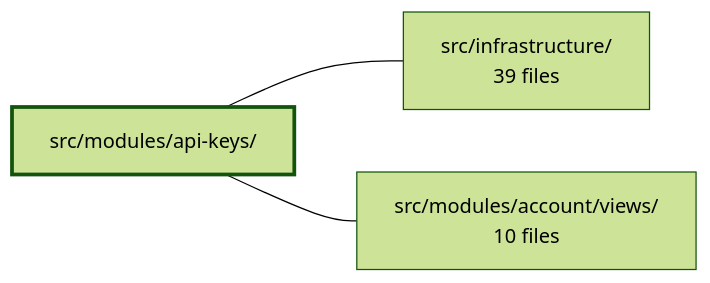
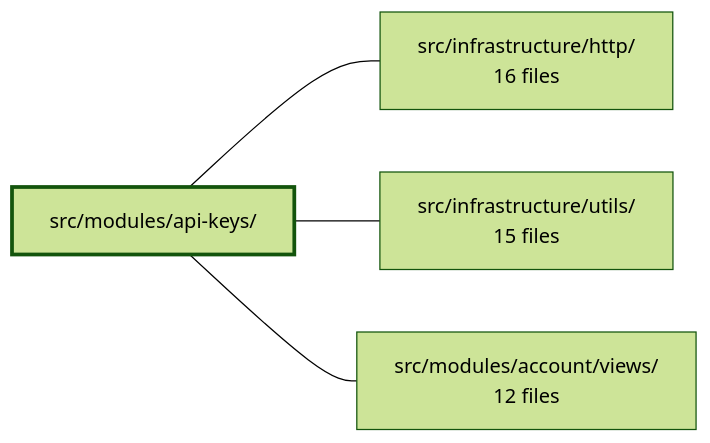
The diagram in .2brain/modules/boilerplate-vue-frontend_src_modules_api-keys.md (Guebbit/boilerplate-vue-frontend), drawn with Mermaid (forest theme) before and after one commit. The commit also changed other lines of this file and 960 other files, not shown here.

````diff
--- a/.2brain/modules/boilerplate-vue-frontend_src_modules_api-keys.md
+++ b/.2brain/modules/boilerplate-vue-frontend_src_modules_api-keys.md
@@ -38,9 +39,11 @@
 ```mermaid
 flowchart LR
     m_src_modules_api_keys["src/modules/api-keys/"]
-    m_src_infrastructure["src/infrastructure/<br/>39 files"]
-    m_src_modules_account_views["src/modules/account/views/<br/>10 files"]
-    m_src_modules_api_keys --- m_src_infrastructure
+    m_src_infrastructure_http["src/infrastructure/http/<br/>16 files"]
+    m_src_infrastructure_utils["src/infrastructure/utils/<br/>15 files"]
+    m_src_modules_account_views["src/modules/account/views/<br/>12 files"]
+    m_src_modules_api_keys --- m_src_infrastructure_http
+    m_src_modules_api_keys --- m_src_infrastructure_utils
     m_src_modules_api_keys --- m_src_modules_account_views
     style m_src_modules_api_keys stroke-width:3px
 ```
````
